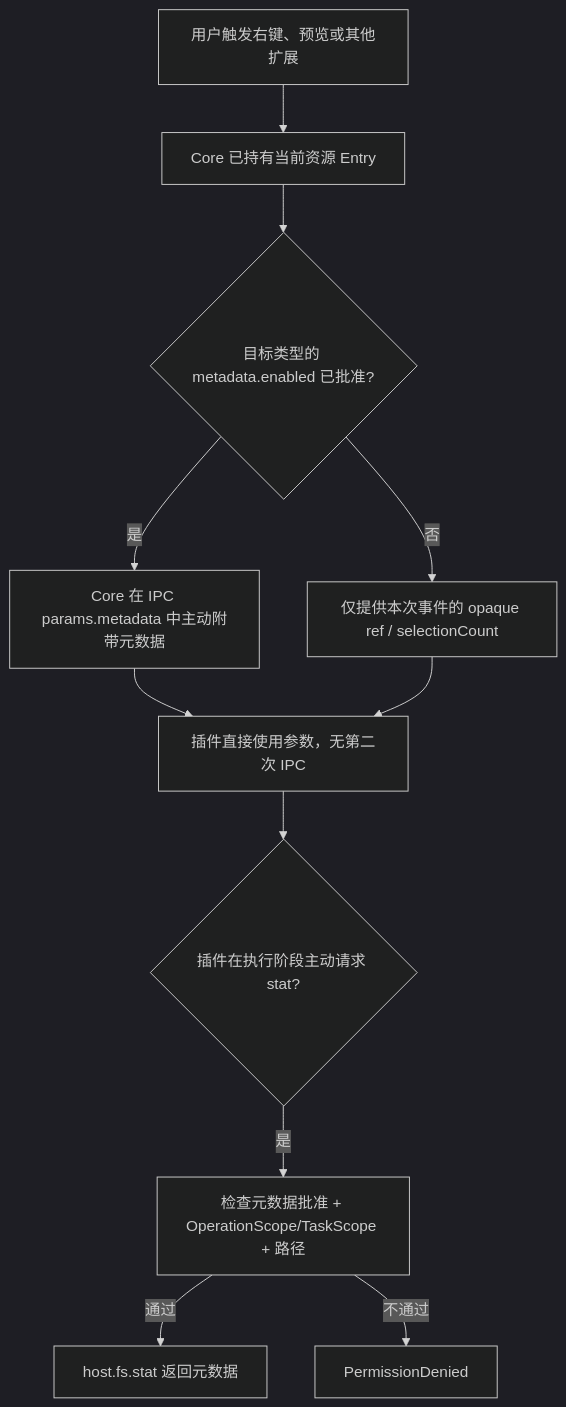
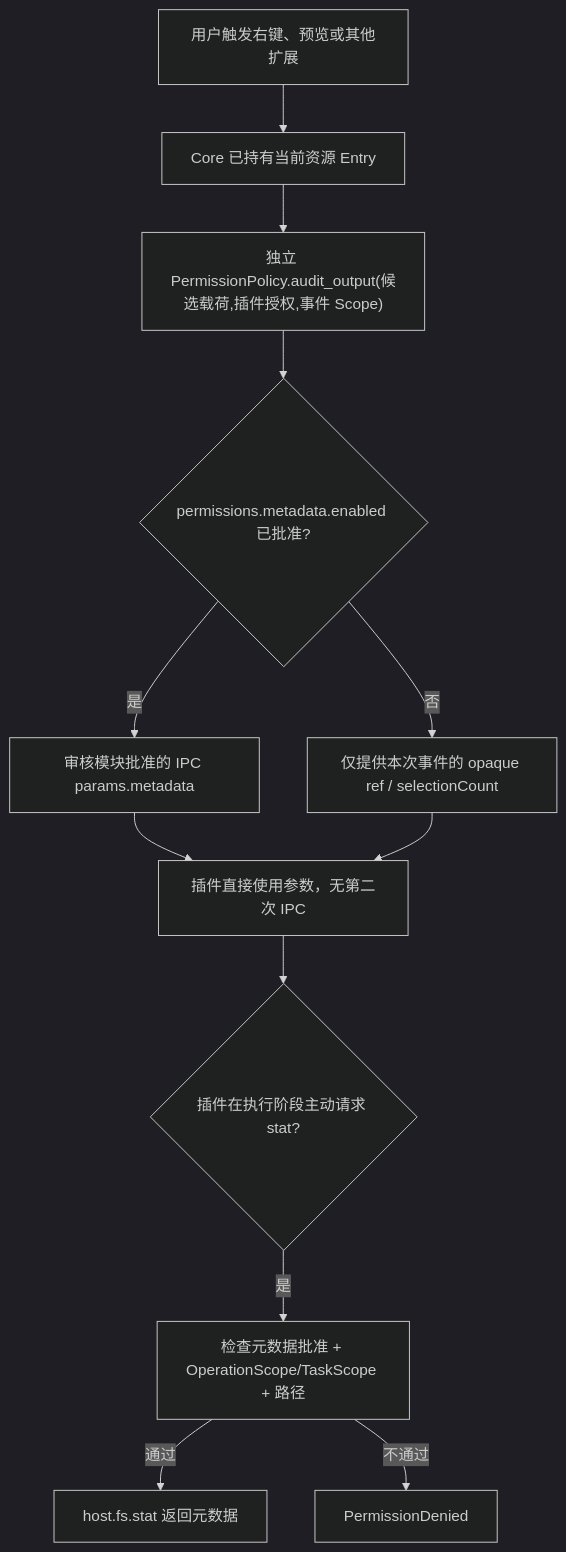
Before and after one commit to kevinhuang001/fiex: the first of 4 diagrams in docs/plugins/02-MANIFEST-EXTENSIONS.md, drawn with Mermaid (dark theme). The commit also changed other lines of this file and 10 other files, not shown here.

Commit message:
docs: decouple permission policy, decoration event subscription, and connection VFS

````diff
--- a/docs/plugins/02-MANIFEST-EXTENSIONS.md
+++ b/docs/plugins/02-MANIFEST-EXTENSIONS.md
@@ -79,13 +77,14 @@
 ```mermaid
 flowchart TD
   User["用户触发右键、预览或其他扩展"] --> Core["Core 已持有当前资源 Entry"]
-  Core --> Approved{"目标类型的 metadata.enabled 已批准?"}
-  Approved -->|是| Push["Core 在 IPC params.metadata 中主动附带元数据"]
+  Core --> Policy["独立 PermissionPolicy.audit_output(候选载荷,插件授权,事件 Scope)"]
+  Policy --> Approved{"permissions.metadata.enabled 已批准?"}
+  Approved -->|是| Push["审核模块批准的 IPC params.metadata"]
   Approved -->|否| Ref["仅提供本次事件的 opaque ref / selectionCount"]
   Push --> Provider["插件直接使用参数，无第二次 IPC"]
   Ref --> Provider
   Provider --> Pull{"插件在执行阶段主动请求 stat?"}
   Pull -->|是| Scope["检查元数据批准 + OperationScope/TaskScope + 路径"]
   Scope -->|通过| Stat["host.fs.stat 返回元数据"]
   Scope -->|不通过| Denied["PermissionDenied"]
 ```
````
